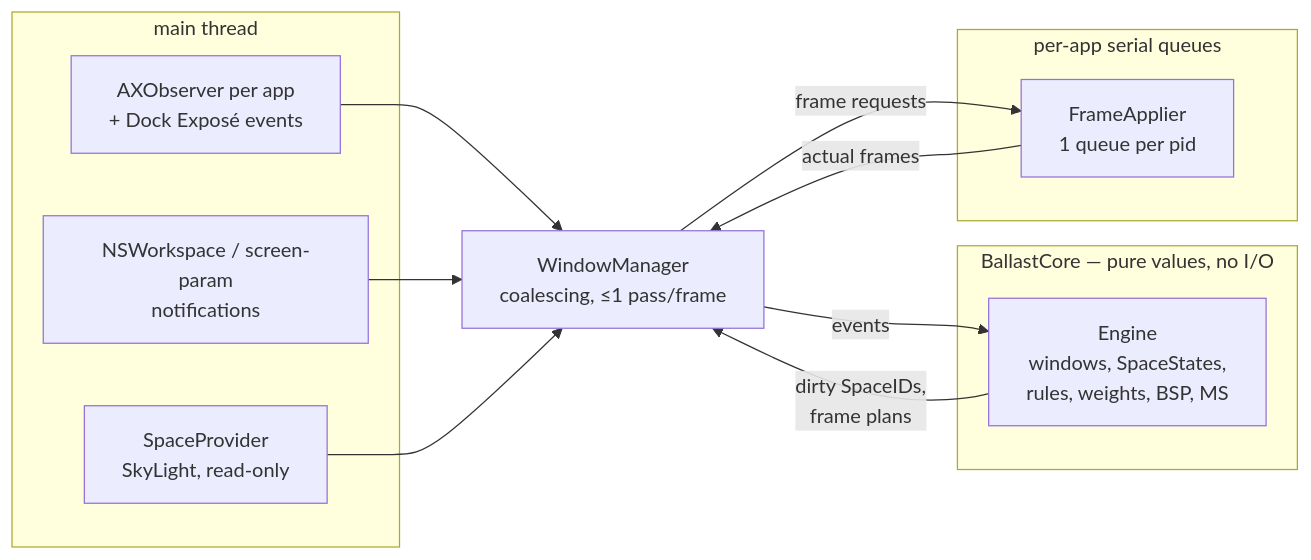
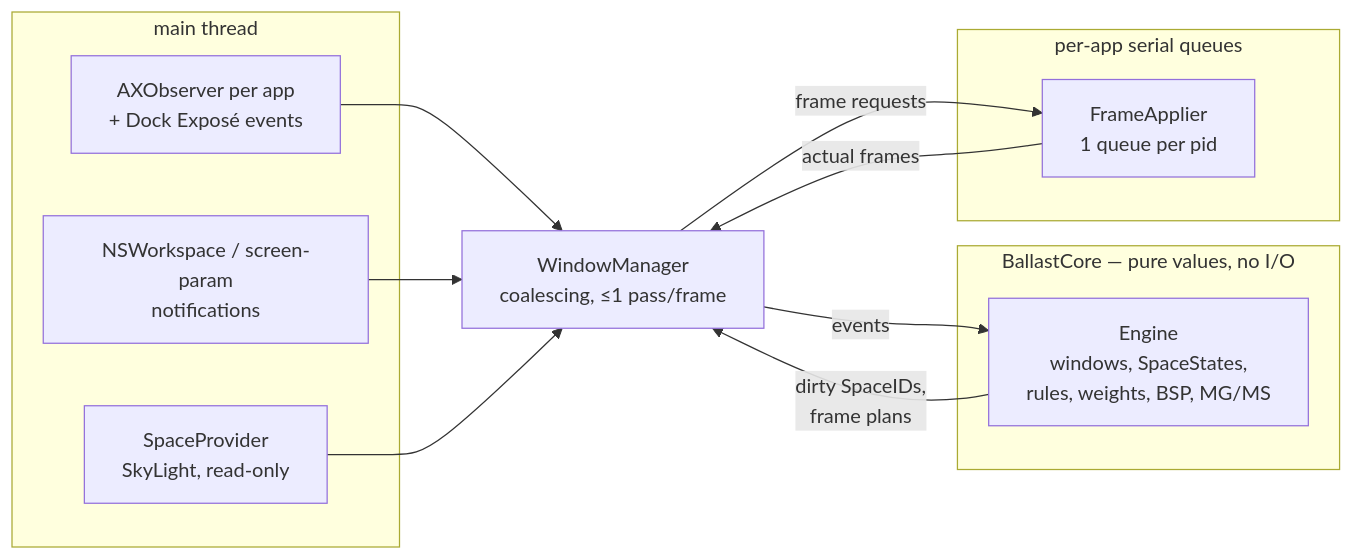
Before and after one commit to andyhite/ballast: the diagram in docs/DESIGN.md, drawn with Mermaid. The commit also changed other lines of this file and 25 other files, not shown here.

````diff
--- a/docs/DESIGN.md
+++ b/docs/DESIGN.md
@@ -40,21 +40,21 @@
 ```mermaid
 flowchart LR
   subgraph Observation [main thread]
     AXO[AXObserver per app<br/>+ Dock Exposé events]
     WS[NSWorkspace / screen-param<br/>notifications]
     SL[SpaceProvider<br/>SkyLight, read-only]
   end
   subgraph Core [BallastCore — pure values, no I/O]
-    E[Engine<br/>windows, SpaceStates,<br/>rules, weights, BSP, MS]
+    E[Engine<br/>windows, SpaceStates,<br/>rules, weights, BSP, MG/MS]
   end
   subgraph Mutation [per-app serial queues]
     FA[FrameApplier<br/>1 queue per pid]
   end
   AXO --> WM[WindowManager<br/>coalescing, ≤1 pass/frame]
   WS --> WM
   SL --> WM
   WM -- events --> E
   E -- dirty SpaceIDs,<br/>frame plans --> WM
   WM -- frame requests --> FA
   FA -- actual frames --> WM
 ```
````
